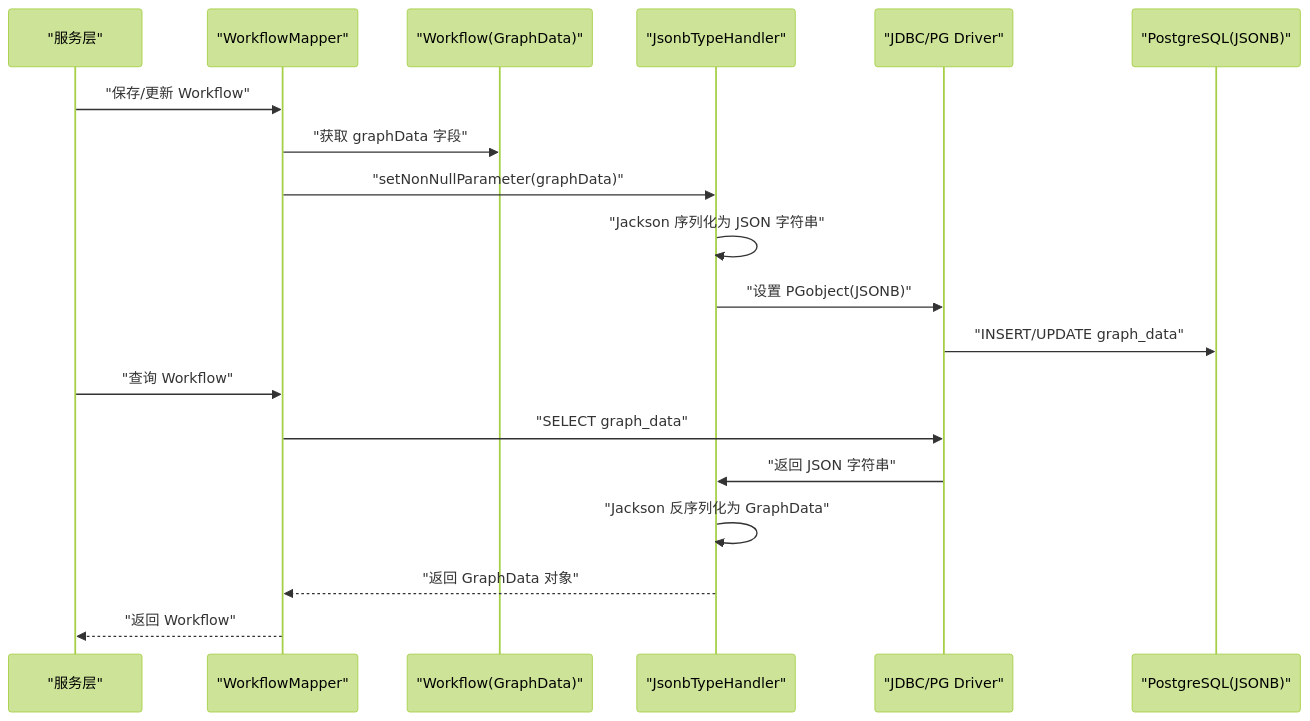
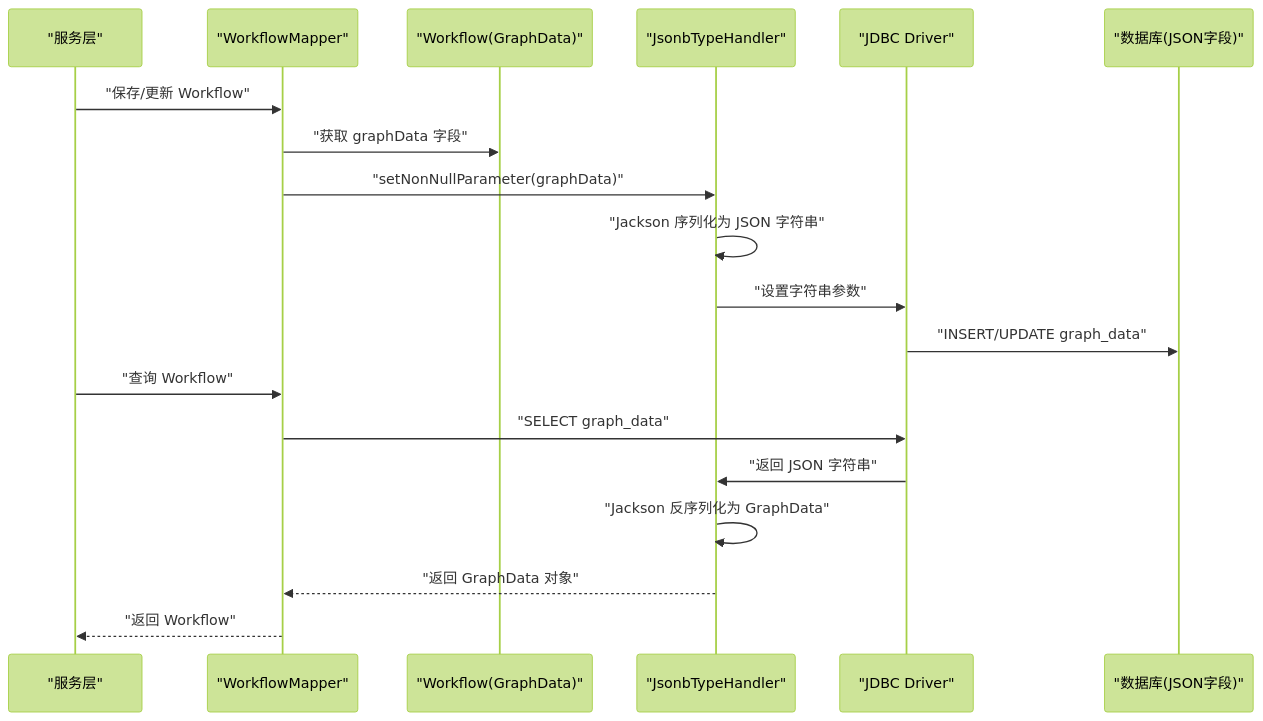
The second of 6 diagrams in .qoder/repowiki/zh/content/数据模型设计/数据序列化机制.md (cxz64323/bokagent), drawn with Mermaid (forest theme) before and after one commit. The commit also changed other lines of this file and 6 other files, not shown here.

````diff
--- a/.qoder/repowiki/zh/content/数据模型设计/数据序列化机制.md
+++ b/.qoder/repowiki/zh/content/数据模型设计/数据序列化机制.md
@@ -128,21 +109,21 @@
 ```mermaid
 sequenceDiagram
 participant Svc as "服务层"
 participant Mapper as "WorkflowMapper"
 participant Entity as "Workflow(GraphData)"
 participant Handler as "JsonbTypeHandler"
-participant JDBC as "JDBC/PG Driver"
-participant DB as "PostgreSQL(JSONB)"
+participant JDBC as "JDBC Driver"
+participant DB as "数据库(JSON字段)"
 Svc->>Mapper : "保存/更新 Workflow"
 Mapper->>Entity : "获取 graphData 字段"
 Mapper->>Handler : "setNonNullParameter(graphData)"
 Handler->>Handler : "Jackson 序列化为 JSON 字符串"
-Handler->>JDBC : "设置 PGobject(JSONB)"
+Handler->>JDBC : "设置字符串参数"
 JDBC->>DB : "INSERT/UPDATE graph_data"
 Svc->>Mapper : "查询 Workflow"
 Mapper->>JDBC : "SELECT graph_data"
 JDBC->>Handler : "返回 JSON 字符串"
 Handler->>Handler : "Jackson 反序列化为 GraphData"
 Handler-->>Mapper : "返回 GraphData 对象"
 Mapper-->>Svc : "返回 Workflow"
 ```
````
